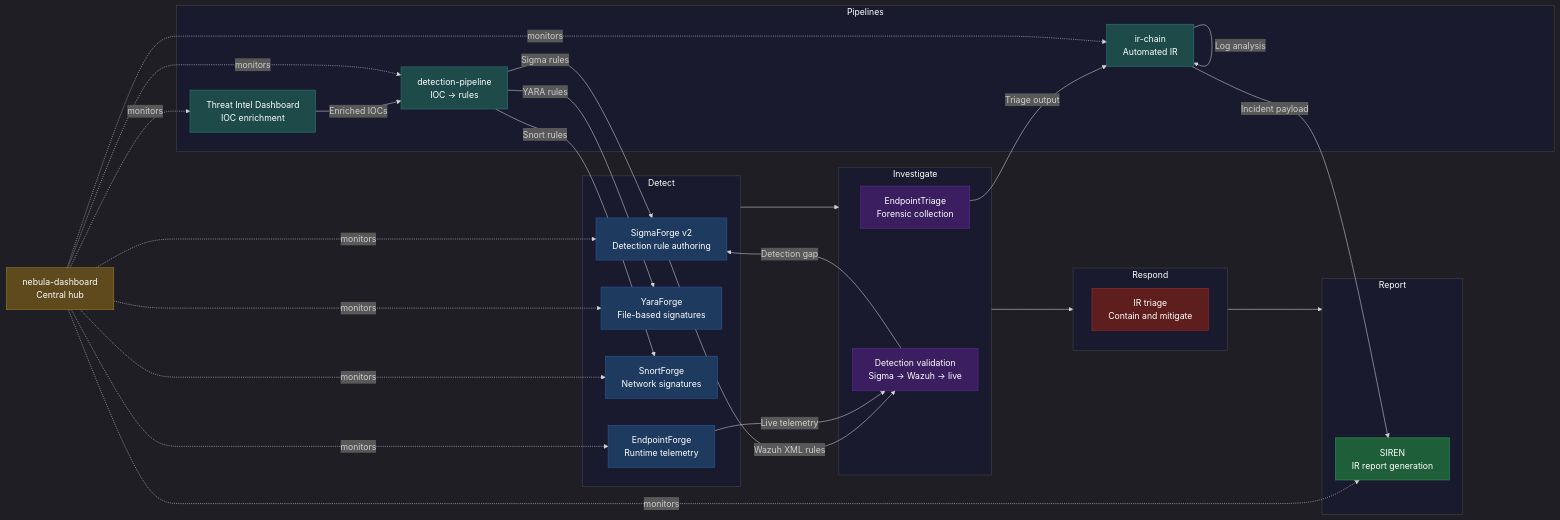
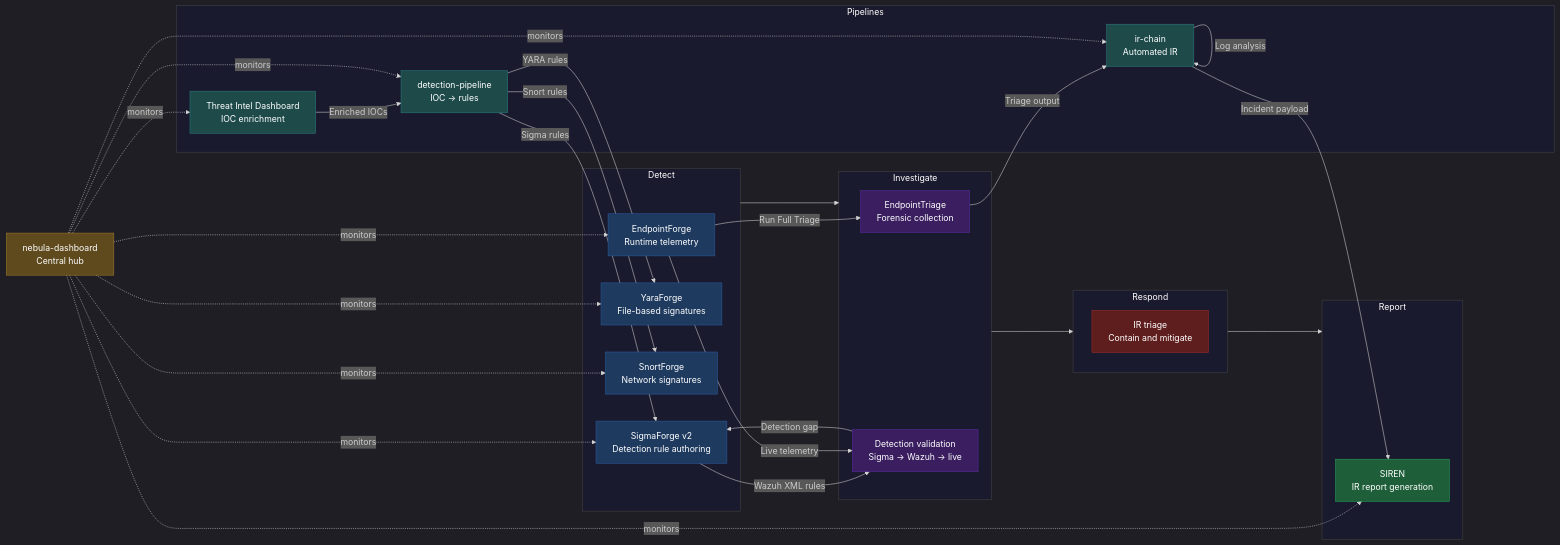
One commit to Rootless-Ghost/Nebula-Forge changed the diagram in README.md. Above: the diagram before and after it, drawn with Mermaid.

````diff
--- a/README.md
+++ b/README.md
@@ -17,70 +17,71 @@
 ```mermaid
 %%{init: {'theme': 'dark', 'themeVariables': {'clusterBkg': '#1a1a2e', 'clusterBorder': '#444', 'titleColor': '#ffffff'}}}%%
 flowchart LR
     subgraph Detect
         SF[SigmaForge v2\nDetection rule authoring]
         YF[YaraForge\nFile-based signatures]
         SNF[SnortForge\nNetwork signatures]
         EF[EndpointForge\nRuntime telemetry]
     end
 
     subgraph Investigate
         ET[EndpointTriage\nForensic collection]
         DV[Detection validation\nSigma → Wazuh → live]
     end
 
     subgraph Respond
         IR[IR triage\nContain and mitigate]
     end
 
     subgraph Report
         SR[SIREN\nIR report generation]
     end
 
     subgraph Pipelines
         TI[Threat Intel Dashboard\nIOC enrichment]
         DP[detection-pipeline\nIOC → rules]
         IC[ir-chain\nAutomated IR]
     end
 
     ND[nebula-dashboard\nCentral hub]
 
     Detect --> Investigate --> Respond --> Report
 
     SF -->|Wazuh XML rules| DV
     EF -->|Live telemetry| DV
+    EF -->|Run Full Triage| ET
     DV -->|Detection gap| SF
 
     TI -->|Enriched IOCs| DP
     DP -->|Sigma rules| SF
     DP -->|YARA rules| YF
     DP -->|Snort rules| SNF
 
     ET -->|Triage output| IC
     IC -->|Log analysis| IC
     IC -->|Incident payload| SR
 
     ND -.->|monitors| SF
     ND -.->|monitors| YF
     ND -.->|monitors| SNF
     ND -.->|monitors| EF
     ND -.->|monitors| TI
     ND -.->|monitors| SR
     ND -.->|monitors| DP
     ND -.->|monitors| IC
 
     classDef detect     fill:#1e3a5f,stroke:#2a5a9f,color:#fff
     classDef investigate fill:#3a1e5f,stroke:#5a2a9f,color:#fff
     classDef respond    fill:#5f1e1e,stroke:#9f2a2a,color:#fff
     classDef report     fill:#1e5f3a,stroke:#2a9f5a,color:#fff
     classDef pipeline   fill:#1e4a4a,stroke:#2a7a7a,color:#fff
     classDef hub        fill:#5f4a1e,stroke:#9f7a2a,color:#fff
 
     class SF,YF,SNF,EF detect
     class ET,DV investigate
     class IR respond
     class SR report
     class TI,DP,IC pipeline
     class ND hub
 
 ```
````
